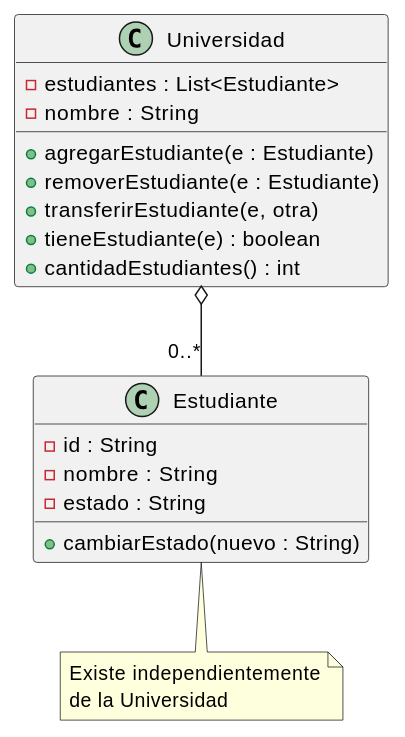
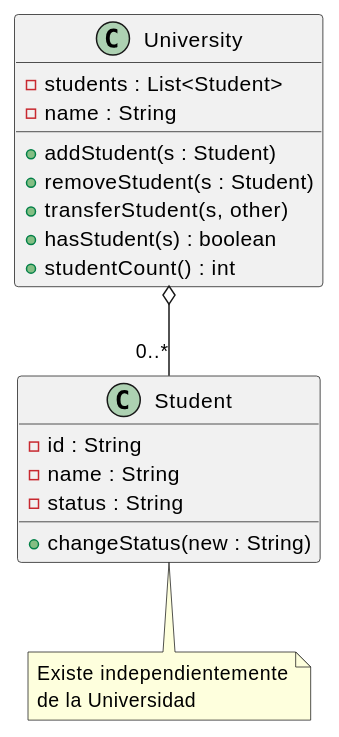
The diagram in source/requisitos/_metodologia-aplicacion/agregacion-interfaces/diagrama-uml.rst (jcg-admin/IACT-docs), drawn with PlantUML before and after one commit. The commit also changed 16 other files, not shown here.

```diff
--- a/source/requisitos/_metodologia-aplicacion/agregacion-interfaces/diagrama-uml.rst
+++ b/source/requisitos/_metodologia-aplicacion/agregacion-interfaces/diagrama-uml.rst
@@ -4,28 +4,28 @@
 .. uml::
 
    @startuml
    allowmixing
 
-   class Universidad {
-     - estudiantes : List<Estudiante>
-     - nombre : String
-     + agregarEstudiante(e : Estudiante)
-     + removerEstudiante(e : Estudiante)
-     + transferirEstudiante(e, otra)
-     + tieneEstudiante(e) : boolean
-     + cantidadEstudiantes() : int
+   class University {
+     - students : List<Student>
+     - name : String
+     + addStudent(s : Student)
+     + removeStudent(s : Student)
+     + transferStudent(s, other)
+     + hasStudent(s) : boolean
+     + studentCount() : int
    }
 
-   class Estudiante {
+   class Student {
      - id : String
-     - nombre : String
-     - estado : String
-     + cambiarEstado(nuevo : String)
+     - name : String
+     - status : String
+     + changeStatus(new : String)
    }
 
-   Universidad o-- "0..*" Estudiante
-   note bottom of Estudiante
+   University o-- "0..*" Student
+   note bottom of Student
      Existe independientemente
      de la Universidad
    end note
    @enduml
```
